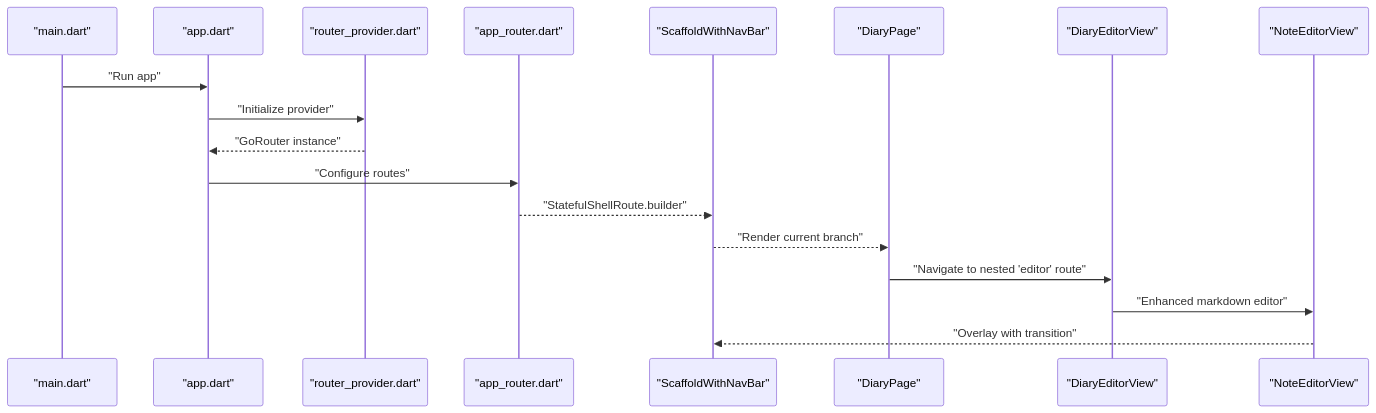
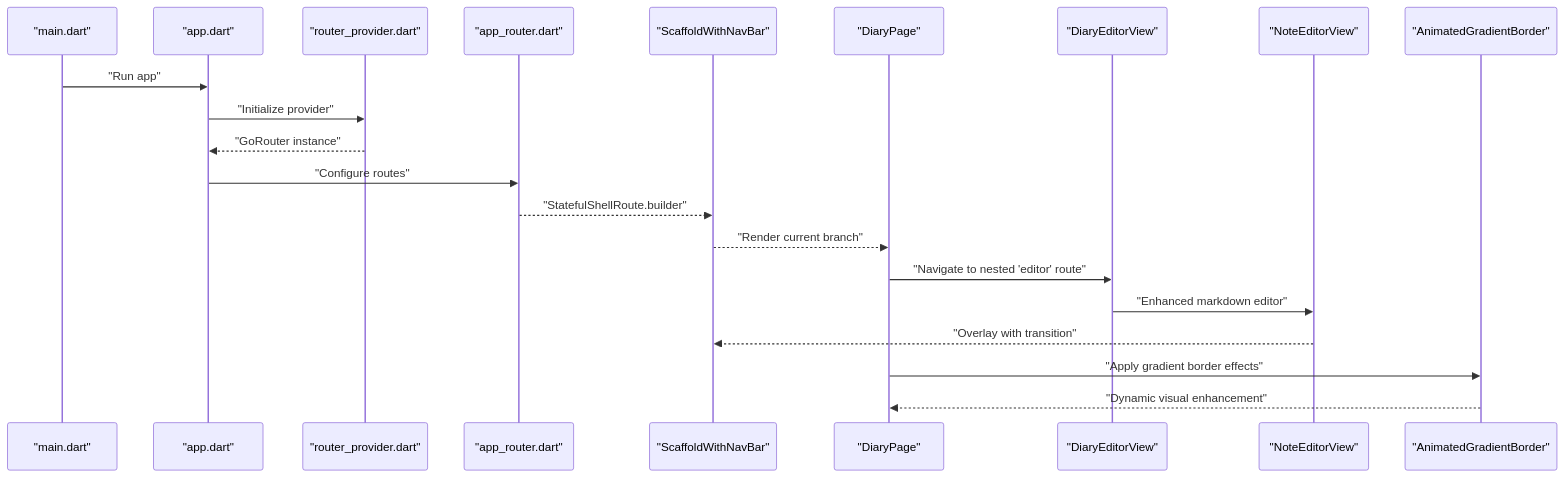
Before and after one commit to favoroo/QNote: the second of 12 diagrams in .qoder/repowiki/en/content/UI Components and Pages/UI Components and Pages.md, drawn with Mermaid. The commit also changed other lines of this file and 65 other files, not shown here.

First line of the commit message:
docs: 新增项目文档与配置文件，修复AI提取与热力图问题

````diff
--- a/.qoder/repowiki/en/content/UI Components and Pages/UI Components and Pages.md
+++ b/.qoder/repowiki/en/content/UI Components and Pages/UI Components and Pages.md
@@ -165,20 +183,23 @@
 ```mermaid
 sequenceDiagram
 participant Entry as "main.dart"
 participant App as "app.dart"
 participant RouterProv as "router_provider.dart"
 participant Router as "app_router.dart"
 participant Shell as "ScaffoldWithNavBar"
 participant Diary as "DiaryPage"
 participant Editor as "DiaryEditorView"
 participant NoteEditor as "NoteEditorView"
+participant AnimatedBorder as "AnimatedGradientBorder"
 Entry->>App : "Run app"
 App->>RouterProv : "Initialize provider"
 RouterProv-->>App : "GoRouter instance"
 App->>Router : "Configure routes"
 Router-->>Shell : "StatefulShellRoute.builder"
 Shell-->>Diary : "Render current branch"
 Diary->>Editor : "Navigate to nested 'editor' route"
 Editor->>NoteEditor : "Enhanced markdown editor"
 NoteEditor-->>Shell : "Overlay with transition"
+Diary->>AnimatedBorder : "Apply gradient border effects"
+AnimatedBorder-->>Diary : "Dynamic visual enhancement"
 ```
````
